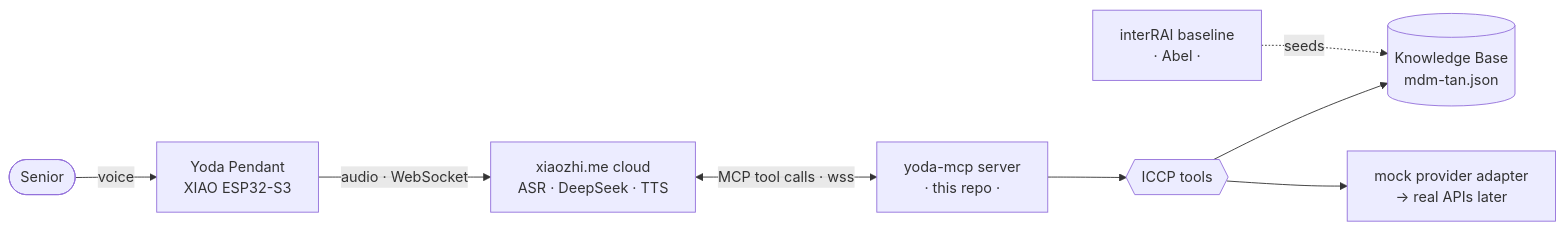
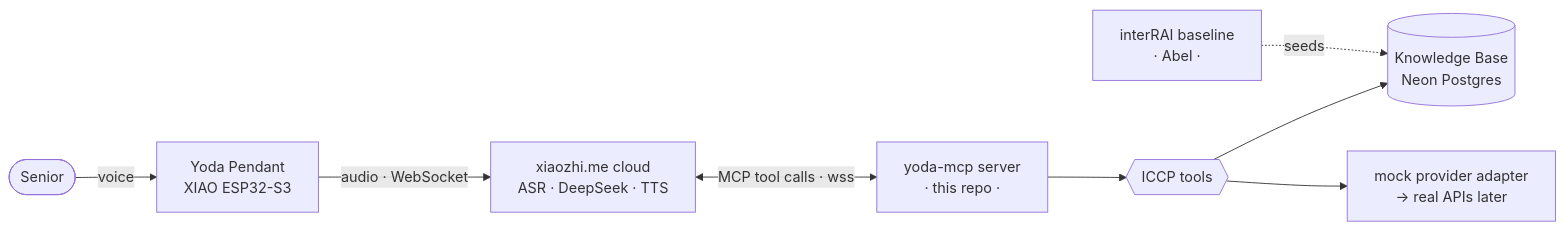
One commit to AbhishekVulla/yoda-mcp changed the diagram in README.md. Above: the diagram before and after it, drawn with Mermaid. The commit also changed other lines of this file and 2 other files, not shown here.

First line of the commit message:
feat: Neon Postgres backend for the shared knowledge base

````diff
--- a/README.md
+++ b/README.md
@@ -27,10 +27,10 @@
 ```mermaid
 flowchart LR
   Senior([Senior]) -->|voice| Pendant[Yoda Pendant<br/>XIAO ESP32-S3]
   Pendant -->|audio · WebSocket| Cloud[xiaozhi.me cloud<br/>ASR · DeepSeek · TTS]
   Cloud <-->|MCP tool calls · wss| Server[yoda-mcp server<br/>· this repo ·]
   Server --> Tools{{ICCP tools}}
-  Tools --> KB[(Knowledge Base<br/>mdm-tan.json)]
+  Tools --> KB[(Knowledge Base<br/>Neon Postgres)]
   Tools --> Mock[mock provider adapter<br/>→ real APIs later]
   Baseline[interRAI baseline<br/>· Abel ·] -. seeds .-> KB
 ```
````
